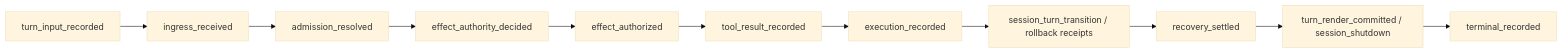
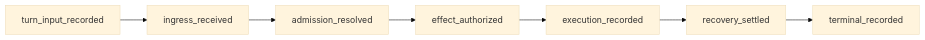
Before and after one commit to arcthur/brewva: the third of 5 diagrams in docs/architecture/control-and-data-flow.md, drawn with Mermaid (base theme). The commit also changed other lines of this file and 173 other files, not shown here.

First line of the commit message:
docs: restructure documentation architecture

````diff
--- a/docs/architecture/control-and-data-flow.md
+++ b/docs/architecture/control-and-data-flow.md
@@ -129,13 +43,9 @@
 ```mermaid
 flowchart LR
   A["turn_input_recorded"] --> B["ingress_received"]
   B --> C["admission_resolved"]
-  C --> D["effect_authority_decided"]
-  D --> E["effect_authorized"]
-  E --> F["tool_result_recorded"]
-  F --> G["execution_recorded"]
-  G --> H["session_turn_transition / rollback receipts"]
-  H --> I["recovery_settled"]
-  I --> J["turn_render_committed / session_shutdown"]
-  J --> K["terminal_recorded"]
+  C --> D["effect_authorized"]
+  D --> E["execution_recorded"]
+  E --> F["recovery_settled"]
+  F --> G["terminal_recorded"]
 ```
````
